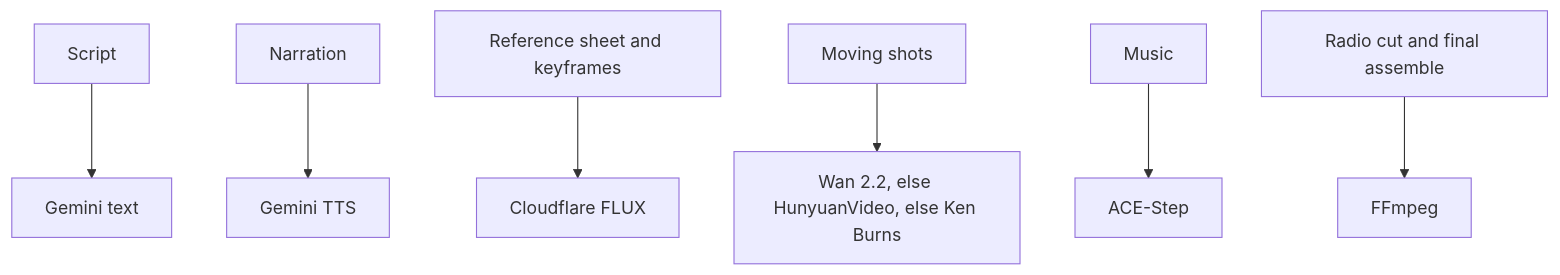
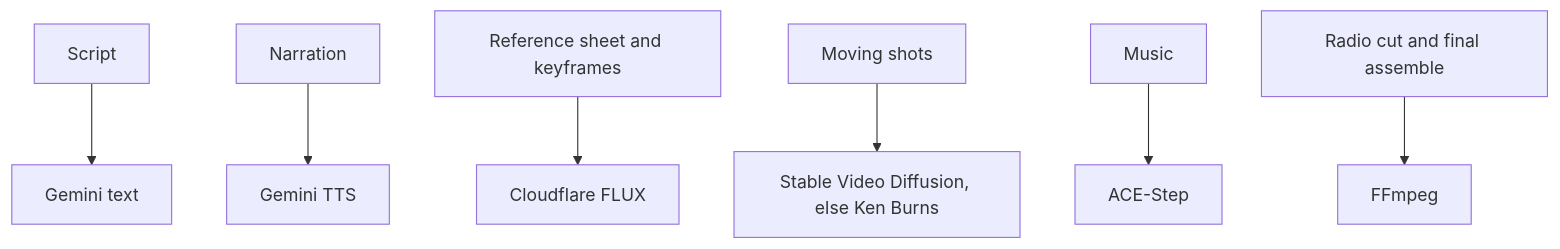
Before and after one commit to elbetel90/heritage-short: the sixth of 7 diagrams in docs/ARCHITECTURE.md, drawn with Mermaid. The commit also changed other lines of this file and 6 other files, not shown here.

Commit message:
feat: assemble Stable Video Diffusion clips and write the subtitle file

````diff
--- a/docs/ARCHITECTURE.md
+++ b/docs/ARCHITECTURE.md
@@ -60,9 +60,9 @@
 ```mermaid
 flowchart TD
   SC[Script] --> GT[Gemini text]
   NA[Narration] --> TTS[Gemini TTS]
   KF[Reference sheet and keyframes] --> FL[Cloudflare FLUX]
-  MV[Moving shots] --> VID[Wan 2.2, else HunyuanVideo, else Ken Burns]
+  MV[Moving shots] --> VID[Stable Video Diffusion, else Ken Burns]
   MU[Music] --> ACE[ACE-Step]
   AS[Radio cut and final assemble] --> FF[FFmpeg]
 ```
````
